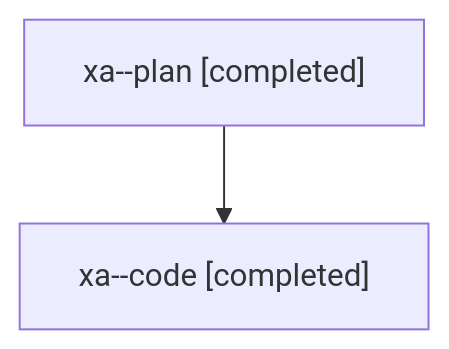
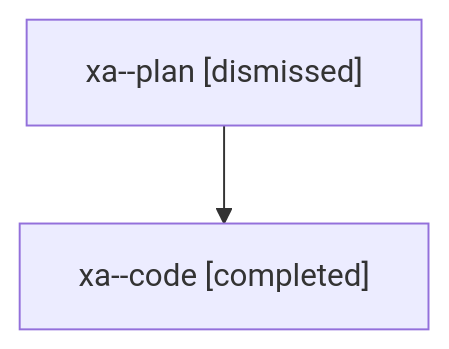
Before and after one commit to sase-org/sase--agents: the diagram in families/bbugyi200.athena.xa.md, drawn with Mermaid. The commit also changed other lines of this file and 1973 other files, not shown here.

````diff
--- a/families/bbugyi200.athena.xa.md
+++ b/families/bbugyi200.athena.xa.md
@@ -9,6 +9,6 @@
 ```mermaid
 flowchart TD
-  n0["xa--plan [completed]"]
+  n0["xa--plan [dismissed]"]
   n1["xa--code [completed]"]
   n0 --> n1
 ```
````
